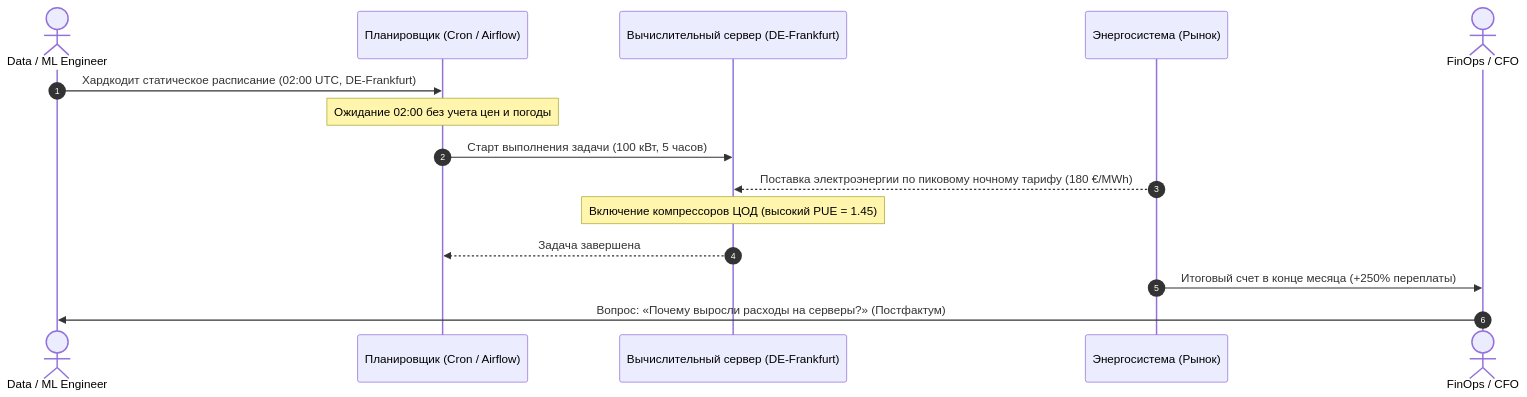
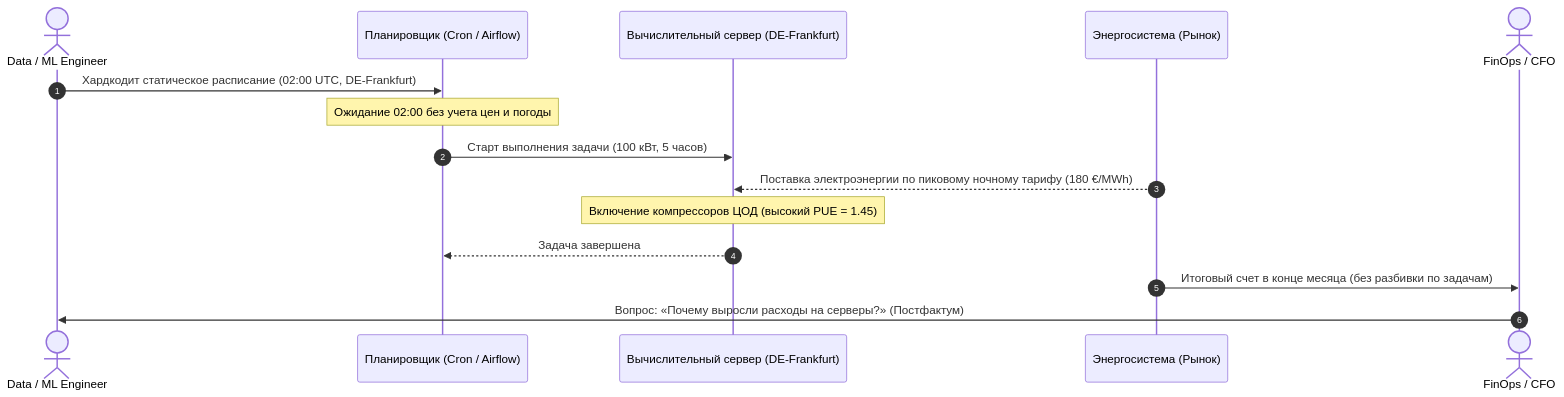
The second of 3 diagrams in docs/seminar_3/README.md (Isnob/ecogrid_flow), drawn with Mermaid before and after one commit. The commit also changed other lines of this file and 6 other files, not shown here.

````diff
--- a/docs/seminar_3/README.md
+++ b/docs/seminar_3/README.md
@@ -112,18 +112,18 @@
 ```mermaid
 sequenceDiagram
     autonumber
     actor DE as Data / ML Engineer
     participant Cron as Планировщик (Cron / Airflow)
     participant Cluster as Вычислительный сервер (DE-Frankfurt)
     participant Grid as Энергосистема (Рынок)
     actor CFO as FinOps / CFO
 
     DE->>Cron: Хардкодит статическое расписание (02:00 UTC, DE-Frankfurt)
     Note over Cron: Ожидание 02:00 без учета цен и погоды
     Cron->>Cluster: Старт выполнения задачи (100 кВт, 5 часов)
     Grid-->>Cluster: Поставка электроэнергии по пиковому ночному тарифу (180 €/MWh)
     Note over Cluster: Включение компрессоров ЦОД (высокий PUE = 1.45)
     Cluster-->>Cron: Задача завершена
-    Grid->>CFO: Итоговый счет в конце месяца (+250% переплаты)
+    Grid->>CFO: Итоговый счет в конце месяца (без разбивки по задачам)
     CFO->>DE: Вопрос: «Почему выросли расходы на серверы?» (Постфактум)
 ```
````
